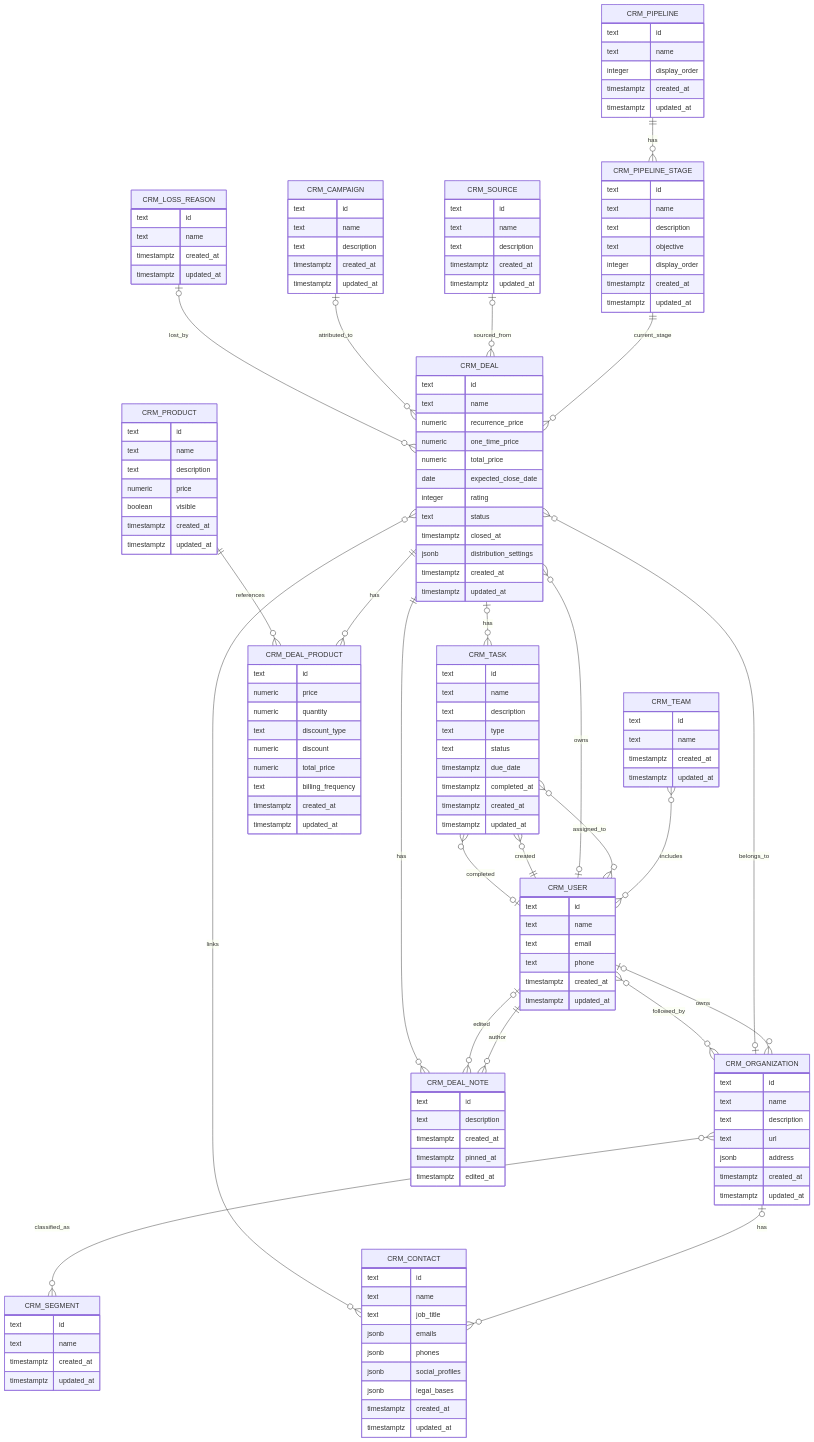
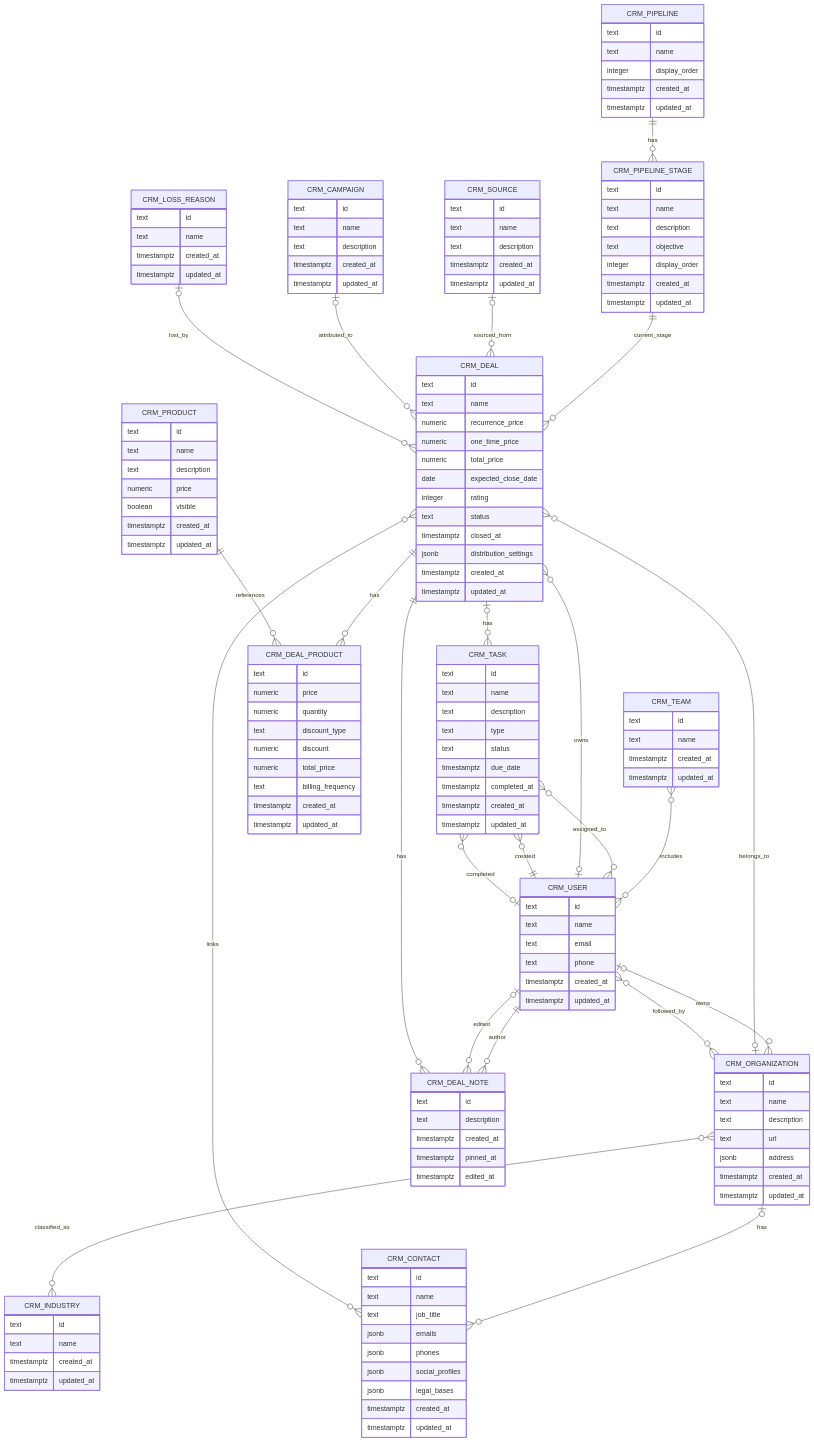
The first of 2 diagrams in README.md (hcubasd/curly-spoon), drawn with Mermaid before and after one commit. The commit also changed other lines of this file and 7 other files, not shown here.

```diff
--- a/README.md
+++ b/README.md
@@ -108,7 +108,7 @@
         timestamptz updated_at
     }
 
-    CRM_SEGMENT {
+    CRM_INDUSTRY {
         text id
         text name
         timestamptz created_at
@@ -226,7 +226,7 @@
     CRM_DEAL ||--o{ CRM_DEAL_NOTE : "has"
     CRM_DEAL o|--o{ CRM_TASK : "has"
     CRM_DEAL }o--o{ CRM_CONTACT : "links"
-    CRM_ORGANIZATION }o--o{ CRM_SEGMENT : "classified_as"
+    CRM_ORGANIZATION }o--o{ CRM_INDUSTRY : "classified_as"
     CRM_ORGANIZATION }o--o{ CRM_USER : "followed_by"
     CRM_TEAM }o--o{ CRM_USER : "includes"
     CRM_TASK }o--o{ CRM_USER : "assigned_to"
```
